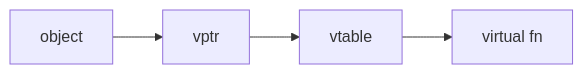
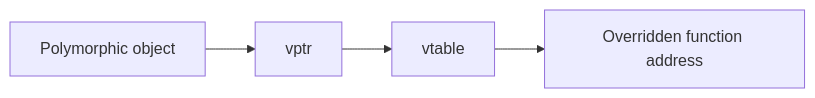
One commit to subhm2004/LLD changed the first of 2 diagrams in L3 OOPS_2/notes/03_virtual_diamond.md. Above: the diagram before and after it, drawn with Mermaid. The commit also changed other lines of this file and 19 other files, not shown here.

````diff
--- a/L3 OOPS_2/notes/03_virtual_diamond.md
+++ b/L3 OOPS_2/notes/03_virtual_diamond.md
@@ -37,4 +30,6 @@
 ```mermaid
 flowchart LR
-  O[object] --> VP[vptr] --> VT[vtable] --> F[virtual fn]
+  Obj[Polymorphic object] --> Vptr[vptr]
+  Vptr --> Vtable[vtable]
+  Vtable --> Fn[Overridden function address]
 ```
````
